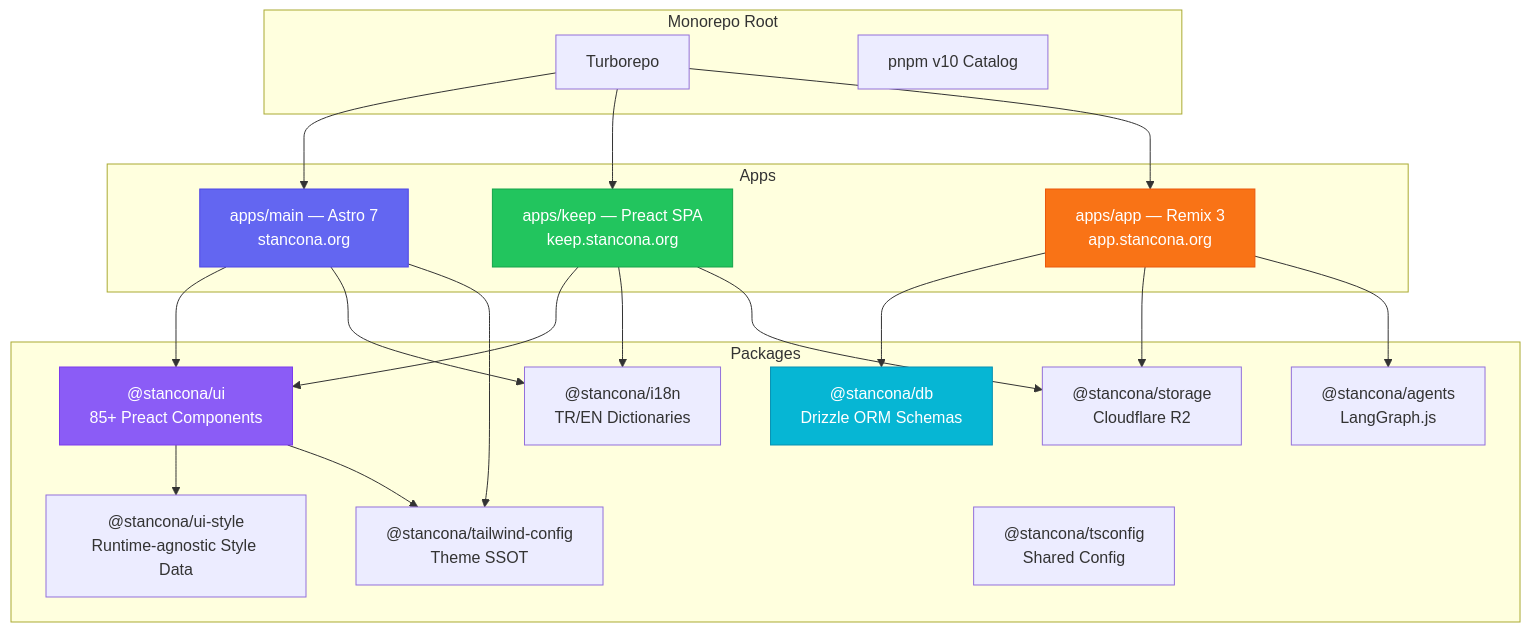
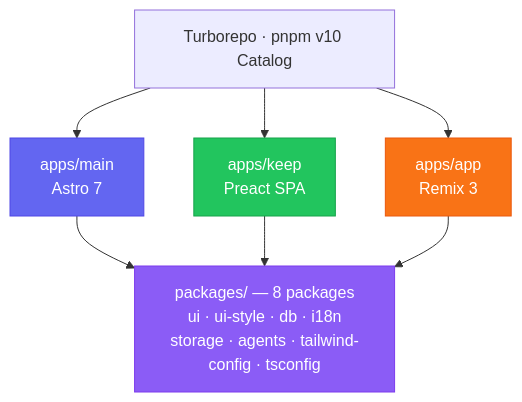
Before and after one commit to stancona/portfolio: the second of 6 diagrams in README.md, drawn with Mermaid. The commit also changed other lines of this file and 30 other files, not shown here.

First line of the commit message:
fix: compact Mermaid diagrams, remove Astro dev toolbar from captures

````diff
--- a/README.md
+++ b/README.md
@@ -99,49 +51,14 @@
 ```mermaid
 graph TB
-    subgraph "Monorepo Root"
-        TR[Turborepo]
-        PN[pnpm v10 Catalog]
-    end
-
-    subgraph "Apps"
-        MAIN["apps/main — Astro 7<br/>stancona.org"]
-        KEEP["apps/keep — Preact SPA<br/>keep.stancona.org"]
-        APP["apps/app — Remix 3<br/>app.stancona.org"]
-    end
-
-    subgraph "Packages"
-        UI["@stancona/ui<br/>85+ Preact Components"]
-        UISTYLE["@stancona/ui-style<br/>Runtime-agnostic Style Data"]
-        DB["@stancona/db<br/>Drizzle ORM Schemas"]
-        I18N["@stancona/i18n<br/>TR/EN Dictionaries"]
-        STORAGE["@stancona/storage<br/>Cloudflare R2"]
-        AGENTS["@stancona/agents<br/>LangGraph.js"]
-        TAILWIND["@stancona/tailwind-config<br/>Theme SSOT"]
-        TSCONFIG["@stancona/tsconfig<br/>Shared Config"]
-    end
-
-    TR --> MAIN
-    TR --> KEEP
-    TR --> APP
-
-    MAIN --> UI
-    MAIN --> I18N
-    MAIN --> TAILWIND
-
-    KEEP --> UI
-    KEEP --> I18N
-    KEEP --> STORAGE
-
-    APP --> DB
-    APP --> STORAGE
-    APP --> AGENTS
-
-    UI --> UISTYLE
-    UI --> TAILWIND
+    TR["Turborepo · pnpm v10 Catalog"] --> MAIN["apps/main<br/>Astro 7"]
+    TR --> KEEP["apps/keep<br/>Preact SPA"]
+    TR --> APP["apps/app<br/>Remix 3"]
+    MAIN --> PKG["packages/ — 8 packages<br/>ui · ui-style · db · i18n<br/>storage · agents · tailwind-config · tsconfig"]
+    KEEP --> PKG
+    APP --> PKG
 
     style MAIN fill:#6366f1,stroke:#4f46e5,color:#fff
     style KEEP fill:#22c55e,stroke:#16a34a,color:#fff
     style APP fill:#f97316,stroke:#ea580c,color:#fff
-    style UI fill:#8b5cf6,stroke:#7c3aed,color:#fff
-    style DB fill:#06b6d4,stroke:#0891b2,color:#fff
+    style PKG fill:#8b5cf6,stroke:#7c3aed,color:#fff
 ```
````
